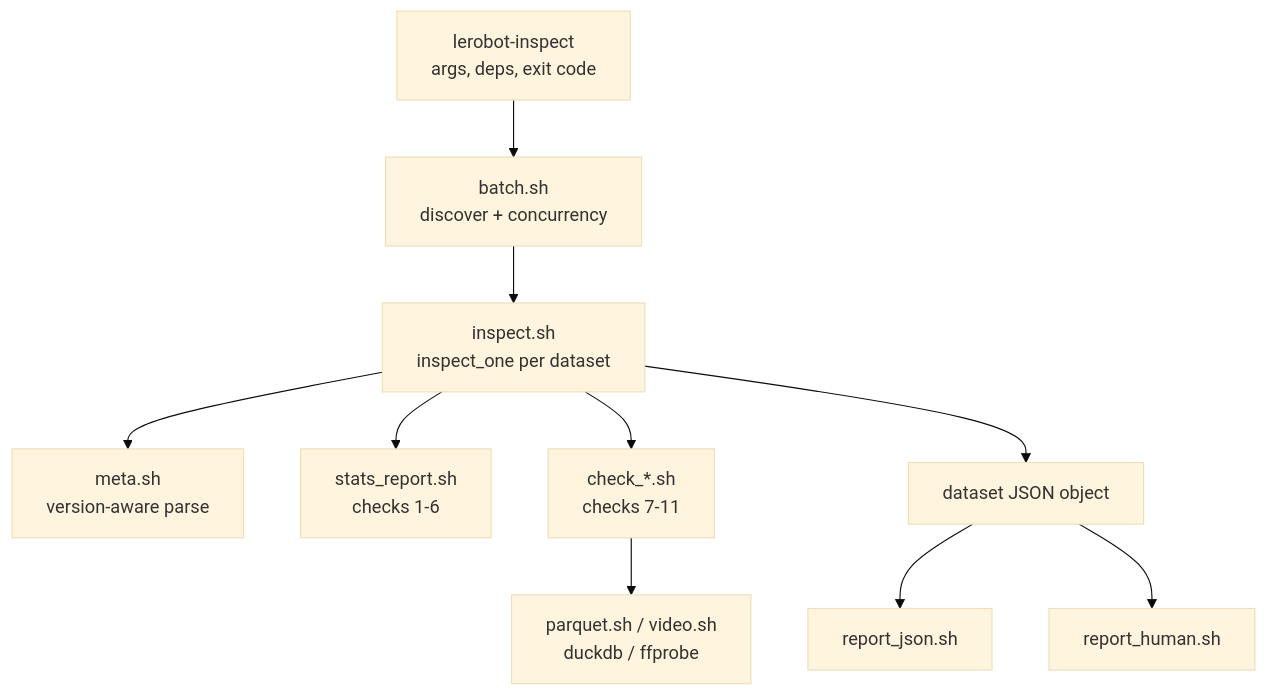
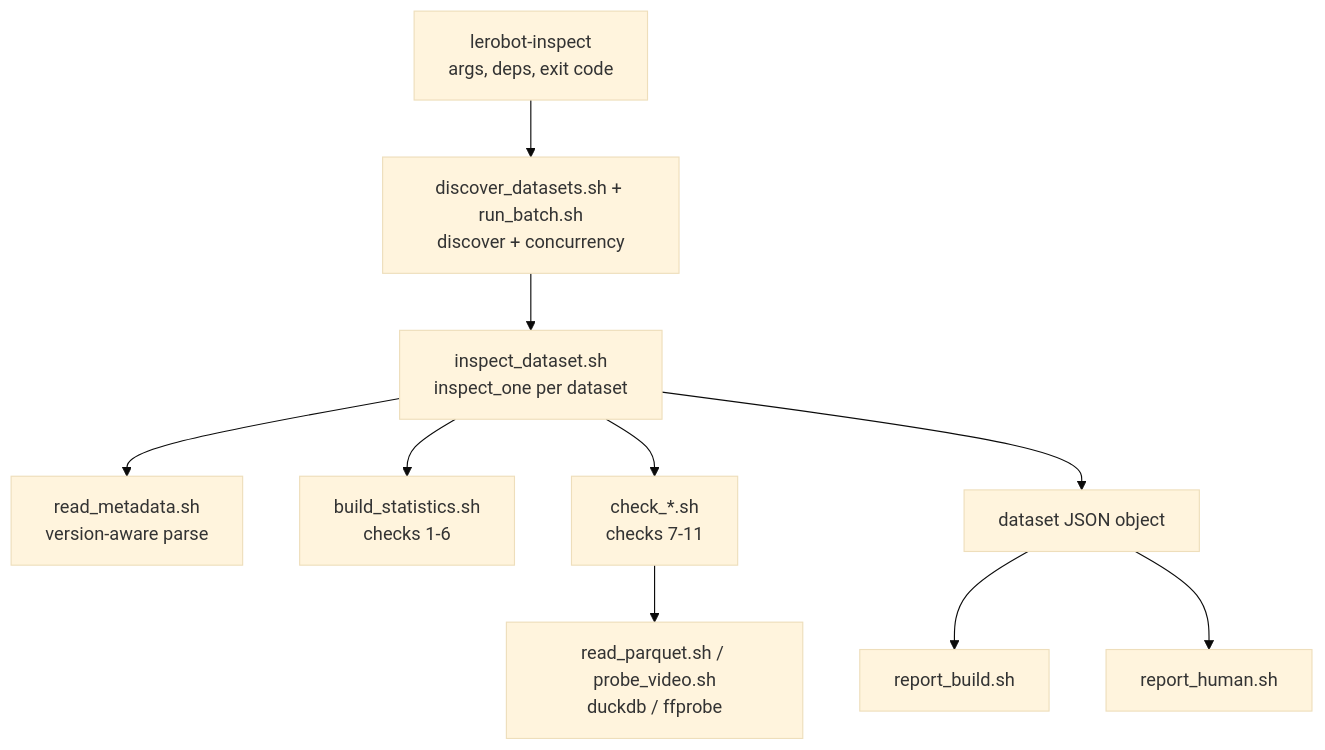
Before and after one commit to CK-EmbPro/lerobot-inspect: the diagram in DESIGN.md, drawn with Mermaid (base theme). The commit also changed other lines of this file and 27 other files, not shown here.

````diff
--- a/DESIGN.md
+++ b/DESIGN.md
@@ -10,12 +10,12 @@
 ```mermaid
 flowchart TD
-    A[lerobot-inspect<br/>args, deps, exit code] --> B[batch.sh<br/>discover + concurrency]
-    B --> C[inspect.sh<br/>inspect_one per dataset]
-    C --> D[meta.sh<br/>version-aware parse]
-    C --> E[stats_report.sh<br/>checks 1-6]
+    A[lerobot-inspect<br/>args, deps, exit code] --> B[discover_datasets.sh + run_batch.sh<br/>discover + concurrency]
+    B --> C[inspect_dataset.sh<br/>inspect_one per dataset]
+    C --> D[read_metadata.sh<br/>version-aware parse]
+    C --> E[build_statistics.sh<br/>checks 1-6]
     C --> F[check_*.sh<br/>checks 7-11]
-    F --> G[parquet.sh / video.sh<br/>duckdb / ffprobe]
+    F --> G[read_parquet.sh / probe_video.sh<br/>duckdb / ffprobe]
     C --> H[dataset JSON object]
-    H --> I[report_json.sh]
+    H --> I[report_build.sh]
     H --> J[report_human.sh]
 ```
````
